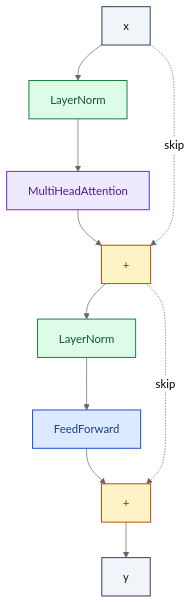
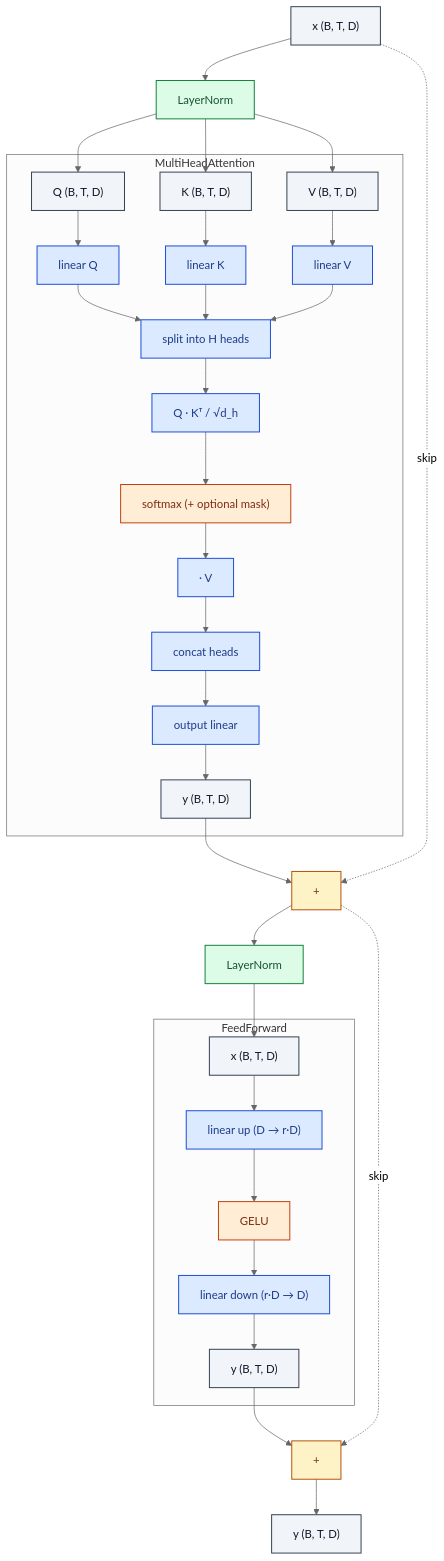
Before and after one commit to RealityShifts/Srivastava-book-of-Blocks-diagrams: the diagram in transformer/TransformerEncoderBlock.md, drawn with Mermaid (neutral theme). The commit also changed 123 other files, not shown here.

````diff
--- a/transformer/TransformerEncoderBlock.md
+++ b/transformer/TransformerEncoderBlock.md
@@ -7,29 +7,68 @@
 ```mermaid
 flowchart TD
-    n0_0["x"]:::io
+    n0_0["x  (B, T, D)"]:::io
     n1_0["LayerNorm"]:::norm
-    n2_0["MultiHeadAttention"]:::attn
+    subgraph n2_0["MultiHeadAttention"]
+        n2_0_0_0["Q  (B, T, D)"]:::io
+        n2_0_0_1["K  (B, T, D)"]:::io
+        n2_0_0_2["V  (B, T, D)"]:::io
+        n2_0_1_0["linear Q"]:::op
+        n2_0_1_1["linear K"]:::op
+        n2_0_1_2["linear V"]:::op
+        n2_0_2_0["split into H heads"]:::op
+        n2_0_3_0["Q · Kᵀ / √d_h"]:::op
+        n2_0_4_0["softmax (+ optional mask)"]:::act
+        n2_0_5_0["· V"]:::op
+        n2_0_6_0["concat heads"]:::op
+        n2_0_7_0["output linear"]:::op
+        n2_0_8_0["y  (B, T, D)"]:::io
+        n2_0_0_0 --> n2_0_1_0
+        n2_0_0_1 --> n2_0_1_1
+        n2_0_0_2 --> n2_0_1_2
+        n2_0_1_0 --> n2_0_2_0
+        n2_0_1_1 --> n2_0_2_0
+        n2_0_1_2 --> n2_0_2_0
+        n2_0_2_0 --> n2_0_3_0
+        n2_0_3_0 --> n2_0_4_0
+        n2_0_4_0 --> n2_0_5_0
+        n2_0_5_0 --> n2_0_6_0
+        n2_0_6_0 --> n2_0_7_0
+        n2_0_7_0 --> n2_0_8_0
+    end
     n3_0["+"]:::merge
     n4_0["LayerNorm"]:::norm
-    n5_0["FeedForward"]:::op
+    subgraph n5_0["FeedForward"]
+        n5_0_0_0["x  (B, T, D)"]:::io
+        n5_0_1_0["linear up  (D → r·D)"]:::op
+        n5_0_2_0["GELU"]:::act
+        n5_0_3_0["linear down  (r·D → D)"]:::op
+        n5_0_4_0["y  (B, T, D)"]:::io
+        n5_0_0_0 --> n5_0_1_0
+        n5_0_1_0 --> n5_0_2_0
+        n5_0_2_0 --> n5_0_3_0
+        n5_0_3_0 --> n5_0_4_0
+    end
     n6_0["+"]:::merge
-    n7_0["y"]:::io
+    n7_0["y  (B, T, D)"]:::io
     n0_0 --> n1_0
-    n1_0 --> n2_0
-    n2_0 --> n3_0
+    n1_0 --> n2_0_0_0
+    n1_0 --> n2_0_0_1
+    n1_0 --> n2_0_0_2
+    n2_0_8_0 --> n3_0
     n3_0 --> n4_0
-    n4_0 --> n5_0
-    n5_0 --> n6_0
+    n4_0 --> n5_0_0_0
+    n5_0_4_0 --> n6_0
     n6_0 --> n7_0
     n0_0 -. skip .-> n3_0
     n3_0 -. skip .-> n6_0
     classDef io fill:#f1f5f9,stroke:#334155,stroke-width:1.4px,color:#0f172a
     classDef op fill:#dbeafe,stroke:#1d4ed8,stroke-width:1.4px,color:#1e3a8a
     classDef norm fill:#dcfce7,stroke:#15803d,stroke-width:1.4px,color:#14532d
     classDef act fill:#ffedd5,stroke:#c2410c,stroke-width:1.4px,color:#7c2d12
     classDef attn fill:#ede9fe,stroke:#6d28d9,stroke-width:1.4px,color:#4c1d95
     classDef merge fill:#fef3c7,stroke:#b45309,stroke-width:1.4px,color:#78350f
     classDef emb fill:#fef9c3,stroke:#a16207,stroke-width:1.4px,color:#713f12
     classDef loss fill:#fee2e2,stroke:#b91c1c,stroke-width:1.4px,color:#7f1d1d
     classDef ctrl fill:#f5f5f4,stroke:#52525b,stroke-width:1.4px,color:#27272a
+    classDef ref fill:#e0f2fe,stroke:#0369a1,stroke-width:2px,color:#0c4a6e,stroke-dasharray: 4 2
 ```
````
